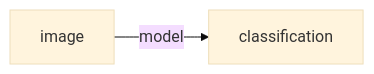
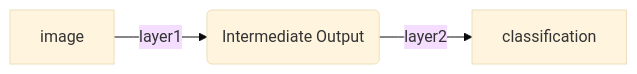
The first of 2 diagrams in README.md (AllinLeeYL/neural-network-from-scratch), drawn with Mermaid (base theme) before and after one commit. The commit also changed other lines of this file and 3 other files, not shown here.

````diff
--- a/README.md
+++ b/README.md
@@ -82,4 +82,5 @@
 ```mermaid
 graph LR
-    image -->|model| classification
+    image -->|layer1| M(Intermediate Output)
+    M -->|layer2| classification
 ```
````
